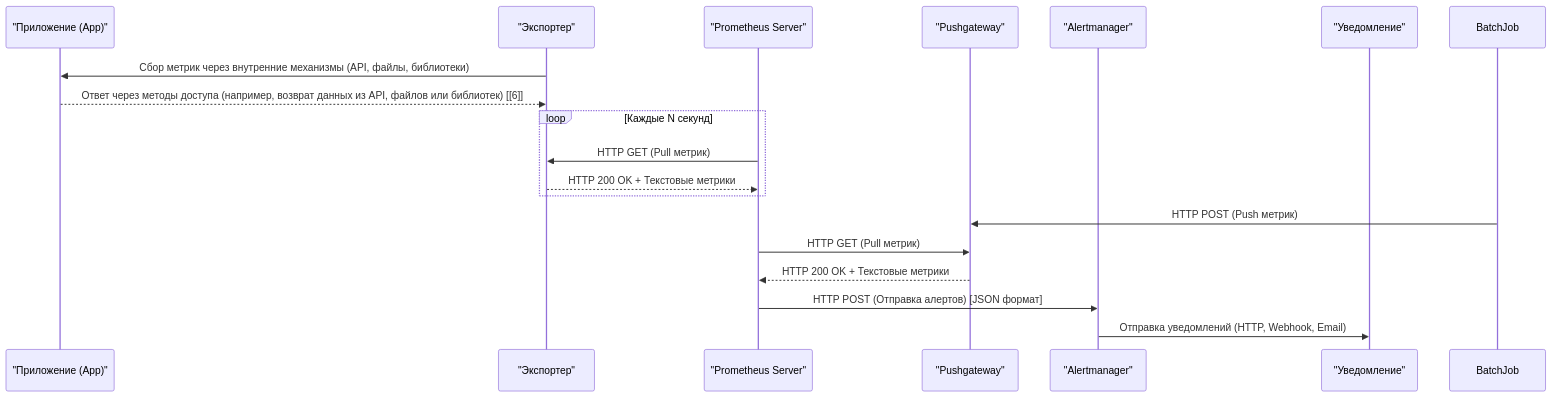
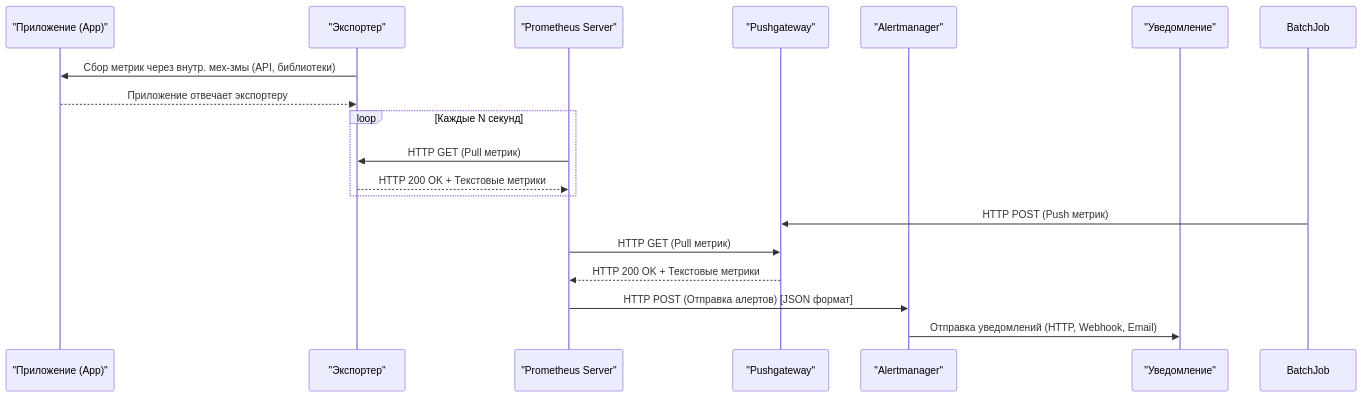
One commit to lamjob1993/linux-monitoring changed the second of 2 diagrams in prometheus/beginning/1. Введение (Основы Prometheus).md. Above: the diagram before and after it, drawn with Mermaid.

Commit message:
Update 1. Введение (Основы Prometheus).md

````diff
--- a/prometheus/beginning/1. Введение (Основы Prometheus).md
+++ b/prometheus/beginning/1. Введение (Основы Prometheus).md
@@ -112,24 +112,24 @@
 ```mermaid
 sequenceDiagram
     participant App as "Приложение (App)"
     participant Exporter as "Экспортер"
     participant Prometheus as "Prometheus Server"
     participant Pushgateway as "Pushgateway"
     participant Alertmanager as "Alertmanager"
     participant Notification as "Уведомление"
 
-    Exporter->>App: Сбор метрик через внутренние механизмы (API, файлы, библиотеки)
-    App-->>Exporter: Ответ через методы доступа (например, возврат данных из API, файлов или библиотек) [[6]]
+    Exporter->>App: Сбор метрик через внутр. мех-змы (API, библиотеки)
+    App-->>Exporter: Приложение отвечает экспортеру
 
     loop Каждые N секунд
         Prometheus->>Exporter: HTTP GET (Pull метрик)
         Exporter-->>Prometheus: HTTP 200 OK + Текстовые метрики
     end
 
     BatchJob->>Pushgateway: HTTP POST (Push метрик)
     Prometheus->>Pushgateway: HTTP GET (Pull метрик)
     Pushgateway-->>Prometheus: HTTP 200 OK + Текстовые метрики
 
     Prometheus->>Alertmanager: HTTP POST (Отправка алертов) [JSON формат]
     Alertmanager->>Notification: Отправка уведомлений (HTTP, Webhook, Email)
 ```
````
